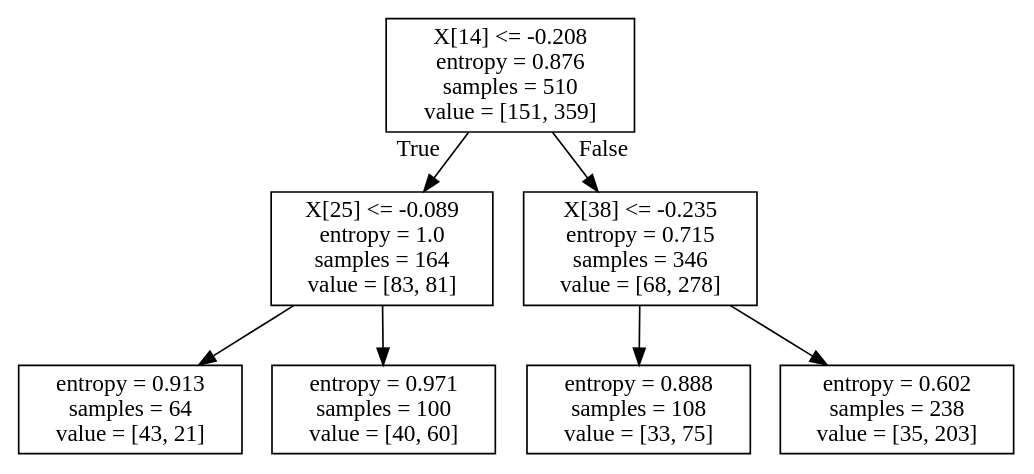
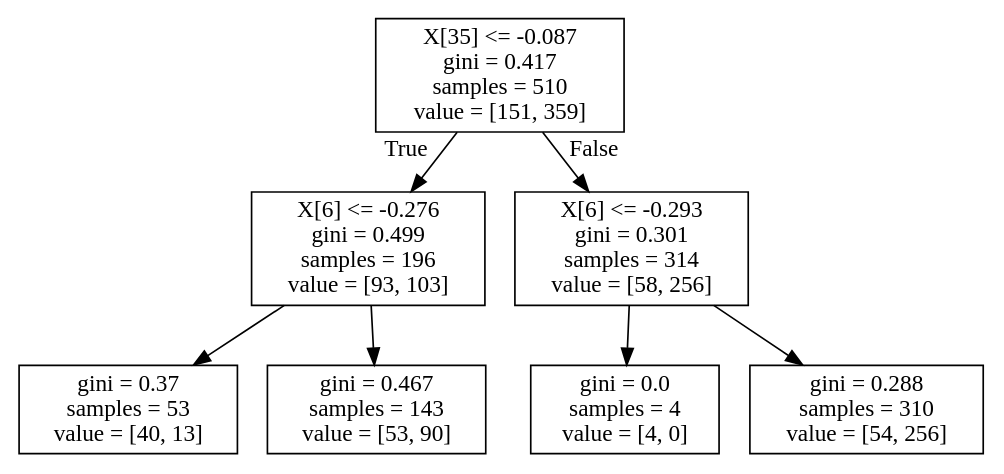
Before and after one commit to CoDyPhin/FEUP-IART: the diagram in proj2/decision_tree.dot, drawn with Graphviz. The commit also changed 4 other files, not shown here.

Commit message:
Added graphs to compare results

```diff
--- a/proj2/decision_tree.dot
+++ b/proj2/decision_tree.dot
@@ -1,16 +1,16 @@
 digraph Tree {
 node [shape=box] ;
-0 [label="X[14] <= -0.208\nentropy = 0.876\nsamples = 510\nvalue = [151, 359]"] ;
-1 [label="X[25] <= -0.089\nentropy = 1.0\nsamples = 164\nvalue = [83, 81]"] ;
+0 [label="X[35] <= -0.087\ngini = 0.417\nsamples = 510\nvalue = [151, 359]"] ;
+1 [label="X[6] <= -0.276\ngini = 0.499\nsamples = 196\nvalue = [93, 103]"] ;
 0 -> 1 [labeldistance=2.5, labelangle=45, headlabel="True"] ;
-2 [label="entropy = 0.913\nsamples = 64\nvalue = [43, 21]"] ;
+2 [label="gini = 0.37\nsamples = 53\nvalue = [40, 13]"] ;
 1 -> 2 ;
-3 [label="entropy = 0.971\nsamples = 100\nvalue = [40, 60]"] ;
+3 [label="gini = 0.467\nsamples = 143\nvalue = [53, 90]"] ;
 1 -> 3 ;
-4 [label="X[38] <= -0.235\nentropy = 0.715\nsamples = 346\nvalue = [68, 278]"] ;
+4 [label="X[6] <= -0.293\ngini = 0.301\nsamples = 314\nvalue = [58, 256]"] ;
 0 -> 4 [labeldistance=2.5, labelangle=-45, headlabel="False"] ;
-5 [label="entropy = 0.888\nsamples = 108\nvalue = [33, 75]"] ;
+5 [label="gini = 0.0\nsamples = 4\nvalue = [4, 0]"] ;
 4 -> 5 ;
-6 [label="entropy = 0.602\nsamples = 238\nvalue = [35, 203]"] ;
+6 [label="gini = 0.288\nsamples = 310\nvalue = [54, 256]"] ;
 4 -> 6 ;
 }
```
